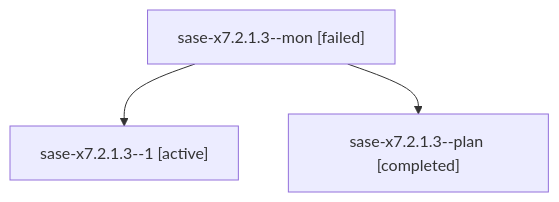
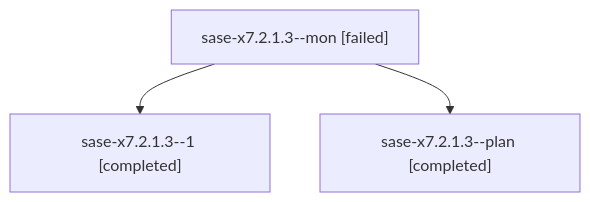
The diagram in families/bbugyi200.athena.sase-x7.2.1.3.md (sase-org/sase--agents), drawn with Mermaid before and after one commit. The commit also changed other lines of this file and 38 other files, not shown here.

````diff
--- a/families/bbugyi200.athena.sase-x7.2.1.3.md
+++ b/families/bbugyi200.athena.sase-x7.2.1.3.md
@@ -9,8 +9,8 @@
 ```mermaid
 flowchart TD
   n0["sase-x7.2.1.3--mon [failed]"]
-  n1["sase-x7.2.1.3--1 [active]"]
+  n1["sase-x7.2.1.3--1 [completed]"]
   n0 --> n1
   n2["sase-x7.2.1.3--plan [completed]"]
   n0 --> n2
 ```
````
